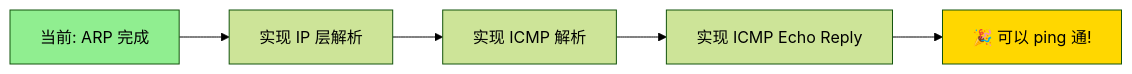
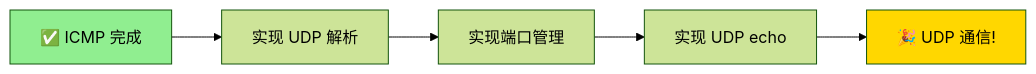
One commit to FlorentinoJink/rust-tcpip changed the fourth of 4 diagrams in docs/PROGRESS.md. Above: the diagram before and after it, drawn with Mermaid (forest theme). The commit also changed other lines of this file and 4 other files, not shown here.

Commit message:
feat(ip,icmp): 实现 IP/ICMP 协议，支持 ping

````diff
--- a/docs/PROGRESS.md
+++ b/docs/PROGRESS.md
@@ -152,10 +167,10 @@
 ```mermaid
 graph LR
-    A[当前: ARP 完成] --> B[实现 IP 层解析]
-    B --> C[实现 ICMP 解析]
-    C --> D[实现 ICMP Echo Reply]
-    D --> E[🎉 可以 ping 通!]
+    A[✅ ICMP 完成] --> B[实现 UDP 解析]
+    B --> C[实现端口管理]
+    C --> D[实现 UDP echo]
+    D --> E[🎉 UDP 通信!]
     
     style A fill:#90EE90
     style E fill:#FFD700
 ```
````
